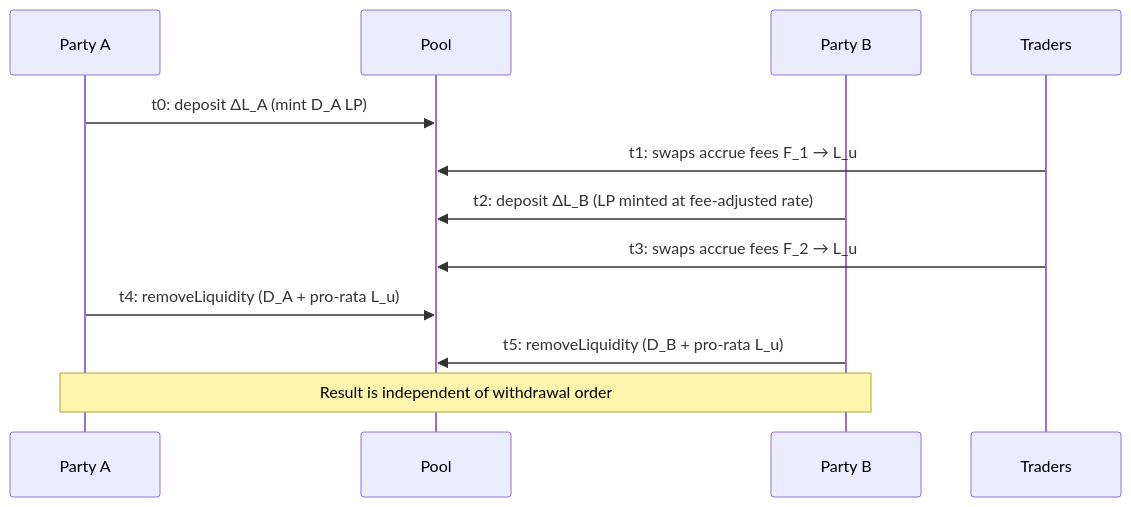
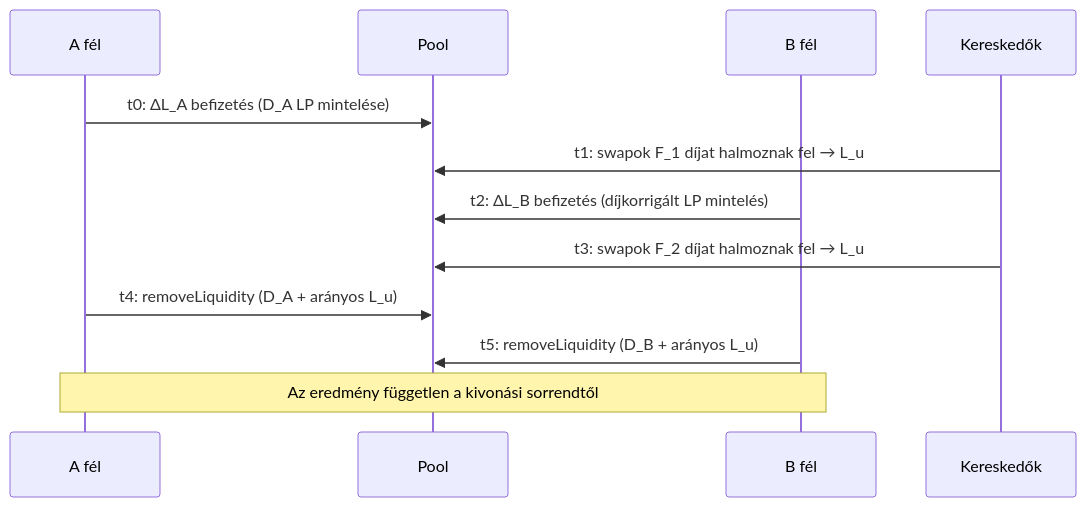
One commit to scholtz/BiatecCLAMM changed the second of 2 diagrams in docusaurus/i18n/hu/docusaurus-plugin-content-docs/current/multi-party-fee-aggregation.md. Above: the diagram before and after it, drawn with Mermaid. The commit also changed other lines of this file and 2 other files, not shown here.

Commit message:
docs(hu): address code review findings in Mermaid labels, index, and glossary

````diff
--- a/docusaurus/i18n/hu/docusaurus-plugin-content-docs/current/multi-party-fee-aggregation.md
+++ b/docusaurus/i18n/hu/docusaurus-plugin-content-docs/current/multi-party-fee-aggregation.md
@@ -252,14 +252,14 @@
 ```mermaid
 sequenceDiagram
-    participant A as Party A
+    participant A as A fél
     participant P as Pool
-    participant B as Party B
-    participant T as Traders
-    A->>P: t0: deposit ΔL_A (mint D_A LP)
-    T->>P: t1: swaps accrue fees F_1 → L_u
-    B->>P: t2: deposit ΔL_B (LP minted at fee-adjusted rate)
-    T->>P: t3: swaps accrue fees F_2 → L_u
-    A->>P: t4: removeLiquidity (D_A + pro-rata L_u)
-    B->>P: t5: removeLiquidity (D_B + pro-rata L_u)
-    Note over A,B: Result is independent of withdrawal order
+    participant B as B fél
+    participant T as Kereskedők
+    A->>P: t0: ΔL_A befizetés (D_A LP mintelése)
+    T->>P: t1: swapok F_1 díjat halmoznak fel → L_u
+    B->>P: t2: ΔL_B befizetés (díjkorrigált LP mintelés)
+    T->>P: t3: swapok F_2 díjat halmoznak fel → L_u
+    A->>P: t4: removeLiquidity (D_A + arányos L_u)
+    B->>P: t5: removeLiquidity (D_B + arányos L_u)
+    Note over A,B: Az eredmény független a kivonási sorrendtől
 ```
````
